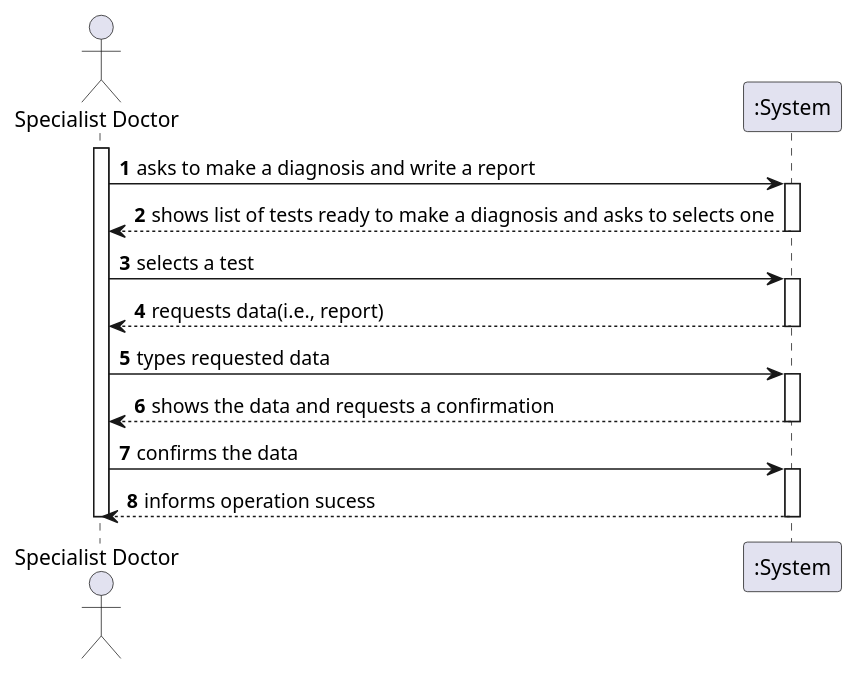
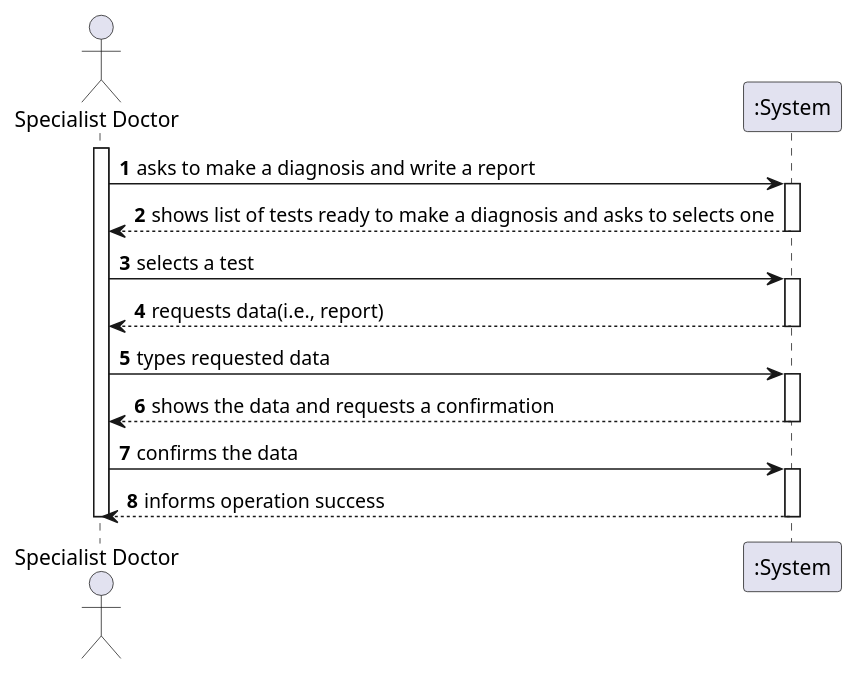
The diagram in docs/SprintC/US_14/US14_SSD.puml (ana-albergaria/LAPR2-ISEP), drawn with PlantUML before and after one commit. The commit also changed 2 other files, not shown here.

```diff
--- a/docs/SprintC/US_14/US14_SSD.puml
+++ b/docs/SprintC/US_14/US14_SSD.puml
@@ -1,27 +1,27 @@
 @startuml
 autonumber
 actor "Specialist Doctor" as SpDt
 
 activate SpDt
 SpDt-> ":System" : asks to make a diagnosis and write a report
 activate ":System"
 ":System" --> SpDt : shows list of tests ready to make a diagnosis and asks to selects one
 deactivate ":System"
 
 SpDt-> ":System" : selects a test
 activate ":System"
 ":System" --> SpDt : requests data(i.e., report)
 deactivate ":System"
 
 SpDt-> ":System" : types requested data
 activate ":System"
 ":System" --> SpDt : shows the data and requests a confirmation
 deactivate ":System"
 
 SpDt-> ":System" : confirms the data
 activate ":System"
-":System" --> SpDt : informs operation sucess
+":System" --> SpDt : informs operation success
 deactivate ":System"
 deactivate SpDt
 
 @enduml
```
